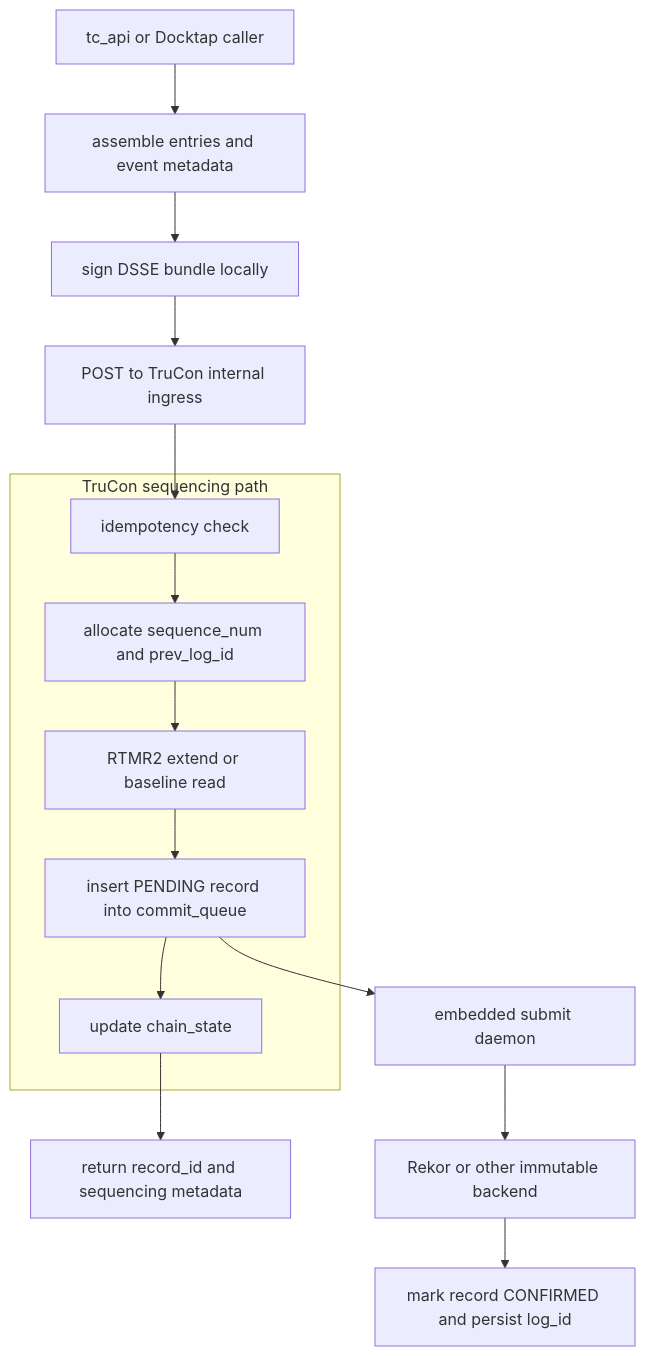
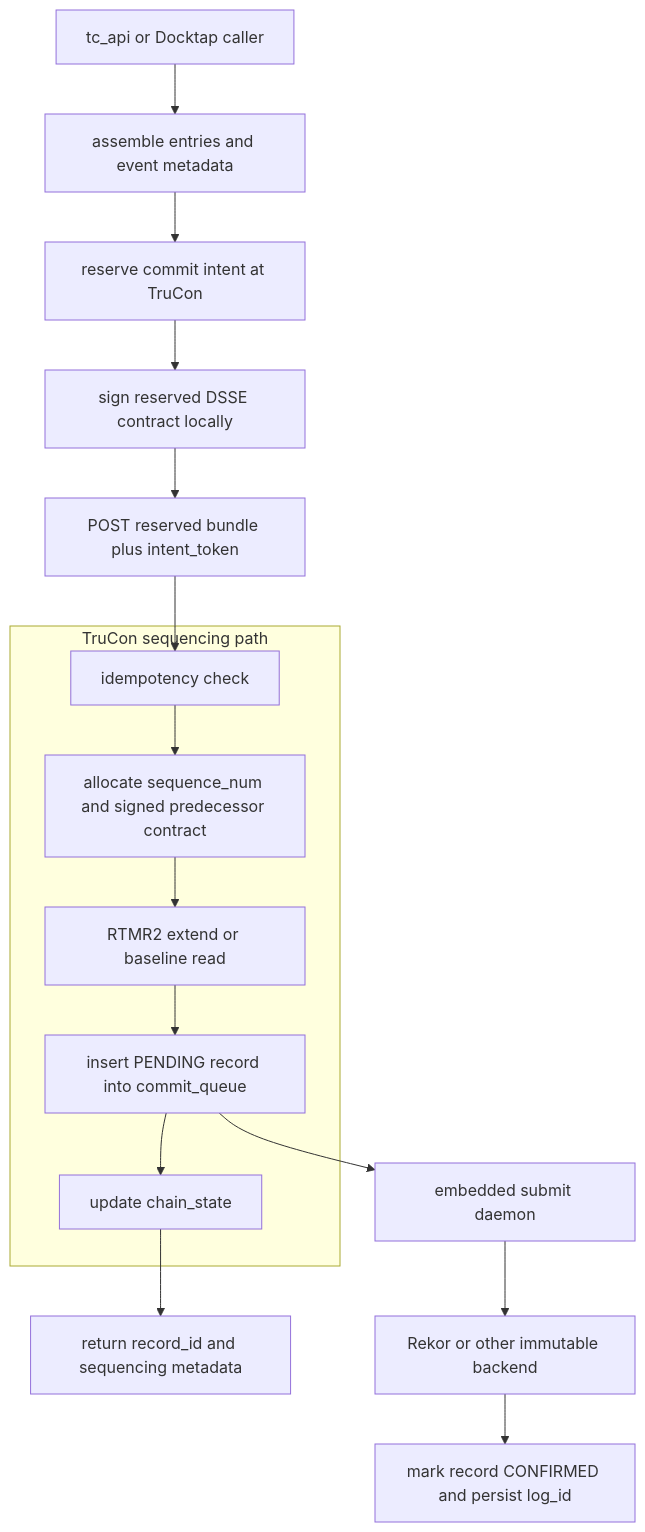
The third of 6 diagrams in docs/architecture.md (intel/confidential-computing-zoo), drawn with Mermaid before and after one commit. The commit also changed other lines of this file and 100 other files, not shown here.

````diff
--- a/docs/architecture.md
+++ b/docs/architecture.md
@@ -89,20 +89,21 @@
 ```mermaid
 flowchart TD
   app[tc_api or Docktap caller] --> assemble[assemble entries and event metadata]
-  assemble --> sign[sign DSSE bundle locally]
-  sign --> submit[POST to TruCon internal ingress]
+  assemble --> reserve[reserve commit intent at TruCon]
+  reserve --> sign[sign reserved DSSE contract locally]
+  sign --> submit[POST reserved bundle plus intent_token]
 
   subgraph SEQ[TruCon sequencing path]
     idem[idempotency check]
-    seq[allocate sequence_num and prev_log_id]
+    seq[allocate sequence_num and signed predecessor contract]
     rtmr[RTMR2 extend or baseline read]
     insert[insert PENDING record into commit_queue]
     state[update chain_state]
   end
 
   submit --> idem --> seq --> rtmr --> insert --> state
   state --> ack[return record_id and sequencing metadata]
   insert --> daemon[embedded submit daemon]
   daemon --> rekor[Rekor or other immutable backend]
   rekor --> confirm[mark record CONFIRMED and persist log_id]
 ```
````
